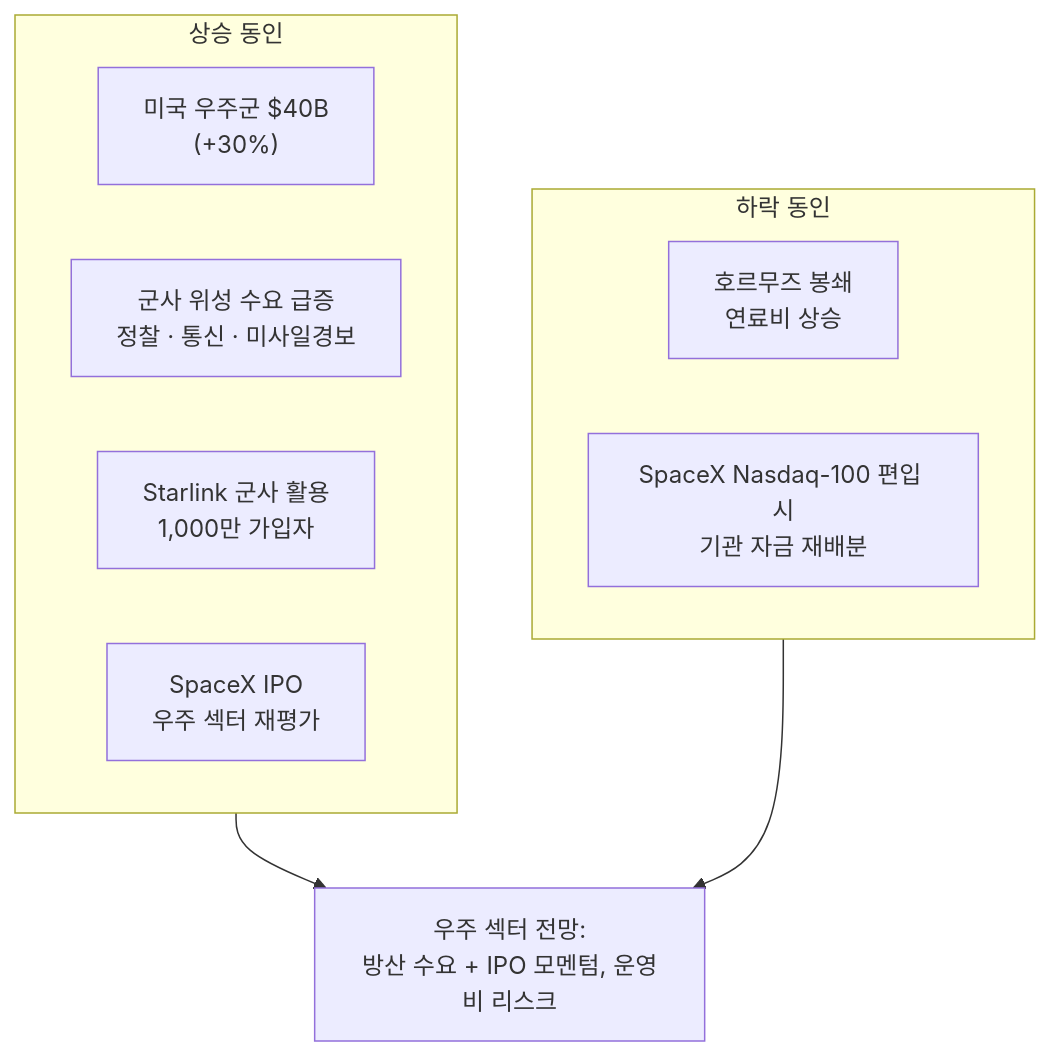
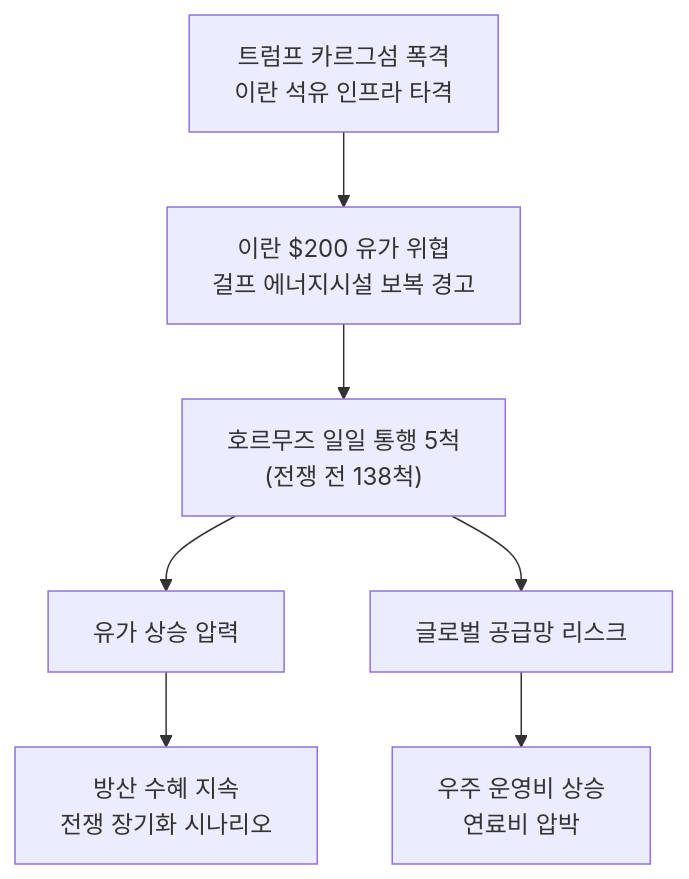
The sixth of 7 diagrams in _posts/knowledge/invest/2026-03-07-defense-space-sector-outlook-2026.md (dss99911/dss99911.github.io), drawn with Mermaid before and after one commit. The commit also changed other lines of this file and 2 other files, not shown here.

````diff
--- a/_posts/knowledge/invest/2026-03-07-defense-space-sector-outlook-2026.md
+++ b/_posts/knowledge/invest/2026-03-07-defense-space-sector-outlook-2026.md
@@ -276,17 +299,11 @@
 ```mermaid
 graph TD
-    subgraph Positive["상승 동인"]
-        P1["미국 우주군 $40B<br/>(+30%)"]
-        P2["군사 위성 수요 급증<br/>정찰 · 통신 · 미사일경보"]
-        P3["Starlink 군사 활용<br/>1,000만 가입자"]
-        P4["SpaceX IPO<br/>우주 섹터 재평가"]
-    end
+    A["트럼프 카르그섬 폭격<br/>이란 석유 인프라 타격"] --> B["이란 $200 유가 위협<br/>걸프 에너지시설 보복 경고"]
+    B --> C["호르무즈 일일 통행 5척<br/>(전쟁 전 138척)"]
 
-    subgraph Negative["하락 동인"]
-        N1["호르무즈 봉쇄<br/>연료비 상승"]
-        N2["SpaceX Nasdaq-100 편입 시<br/>기관 자금 재배분"]
-    end
+    C --> D["유가 상승 압력"]
+    C --> E["글로벌 공급망 리스크"]
 
-    Positive --> R["우주 섹터 전망&colon;<br/>방산 수요 + IPO 모멘텀, 운영비 리스크"]
-    Negative --> R
+    D --> F["방산 수혜 지속<br/>전쟁 장기화 시나리오"]
+    E --> G["우주 운영비 상승<br/>연료비 압박"]
 ```
````
